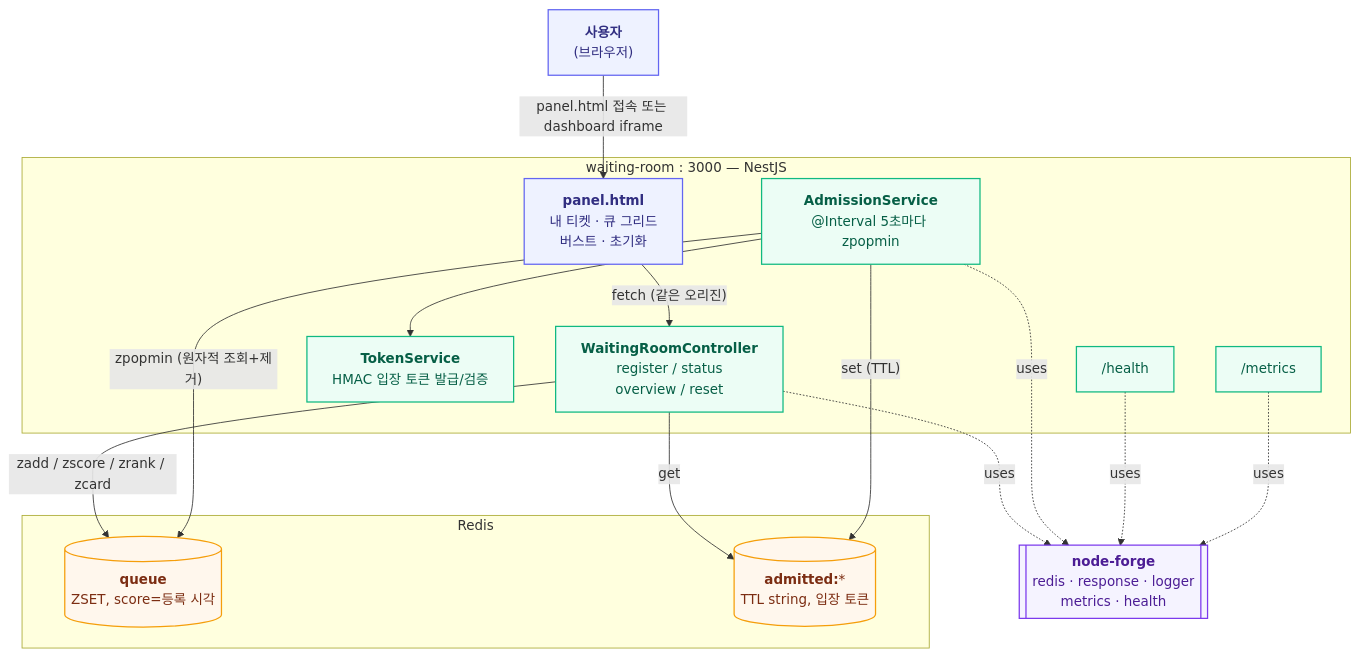
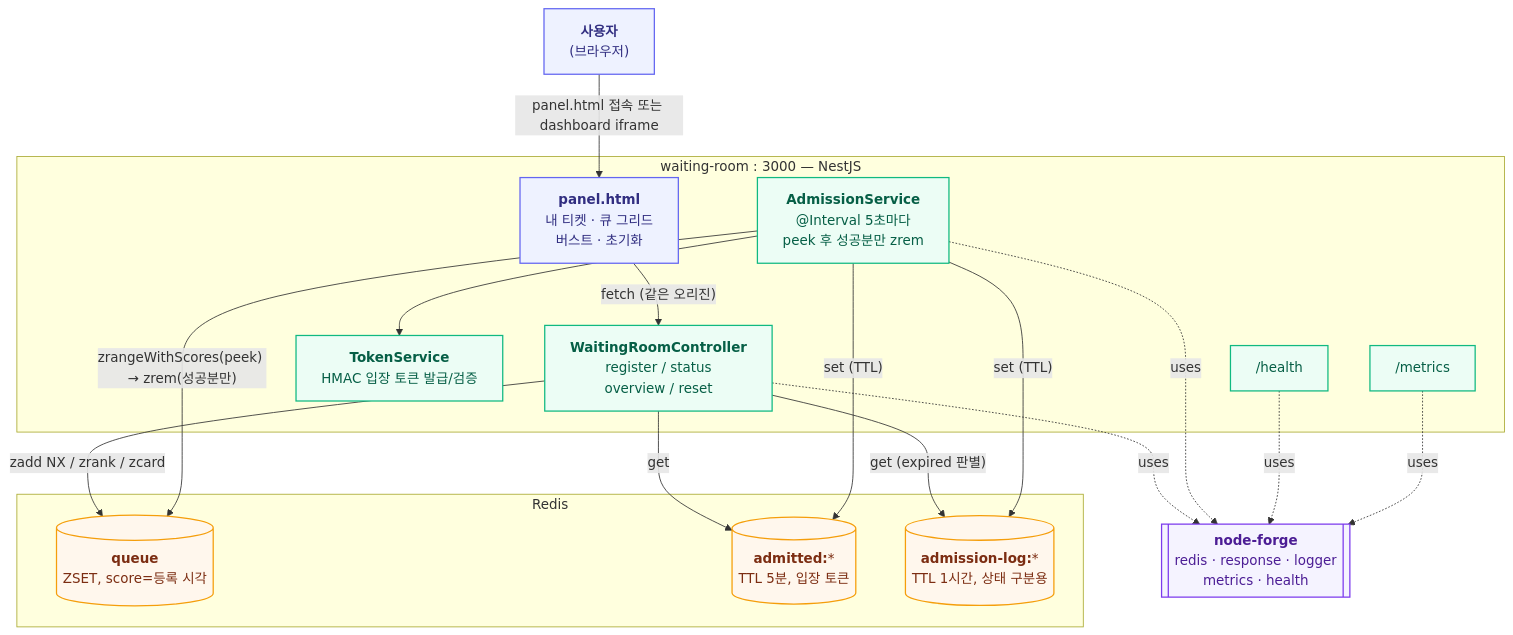
Before and after one commit to paikpaik/forgeLab: the diagram in services/waiting-room/ARCHITECTURE.md, drawn with Mermaid. The commit also changed other lines of this file and 23 other files, not shown here.

````diff
--- a/services/waiting-room/ARCHITECTURE.md
+++ b/services/waiting-room/ARCHITECTURE.md
@@ -8,55 +8,60 @@
 ```mermaid
 flowchart TB
     U["`**사용자**
     (브라우저)`"]
 
     subgraph WR["waiting-room : 3000 — NestJS"]
         PANEL["`**panel.html**
         내 티켓 · 큐 그리드
         버스트 · 초기화`"]
         API["`**WaitingRoomController**
         register / status
         overview / reset`"]
         ADM["`**AdmissionService**
-        @Interval 5초마다 zpopmin`"]
+        @Interval 5초마다
+        peek 후 성공분만 zrem`"]
         TOKEN["`**TokenService**
         HMAC 입장 토큰 발급/검증`"]
         HEALTH["/health"]
         METRICS["/metrics"]
     end
 
     subgraph REDIS["Redis"]
         ZSET[("`**queue**
         ZSET, score=등록 시각`")]
         TOK[("`**admitted:***
-        TTL string, 입장 토큰`")]
+        TTL 5분, 입장 토큰`")]
+        LOG[("`**admission-log:***
+        TTL 1시간, 상태 구분용`")]
     end
 
     NF[["`**node-forge**
     redis · response · logger
     metrics · health`"]]
 
     U -->|"panel.html 접속 또는 dashboard iframe"| PANEL
     PANEL -->|"fetch (같은 오리진)"| API
 
-    API -->|"zadd / zscore / zrank / zcard"| ZSET
+    API -->|"zadd NX / zrank / zcard"| ZSET
     API -->|"get"| TOK
-    ADM -->|"zpopmin (원자적 조회+제거)"| ZSET
+    API -->|"get (expired 판별)"| LOG
+    ADM -->|"zrangeWithScores(peek) → zrem(성공분만)"| ZSET
     ADM -->|"set (TTL)"| TOK
+    ADM -->|"set (TTL)"| LOG
     ADM --> TOKEN
 
     API -.uses.-> NF
     ADM -.uses.-> NF
     HEALTH -.uses.-> NF
     METRICS -.uses.-> NF
 
     classDef entryNode fill:#eef2ff,stroke:#6366f1,stroke-width:1.5px,color:#312e81
     classDef logicNode fill:#ecfdf5,stroke:#10b981,stroke-width:1.5px,color:#065f46
     classDef redisNode fill:#fff7ed,stroke:#f59e0b,stroke-width:1.5px,color:#7c2d12
     classDef forgeNode fill:#f5f3ff,stroke:#7c3aed,stroke-width:1.5px,color:#4c1d95
 
     class U,PANEL entryNode
     class API,ADM,TOKEN,HEALTH,METRICS logicNode
-    class ZSET,TOK redisNode
+    class ZSET,TOK,LOG redisNode
     class NF forgeNode
 ```
````
